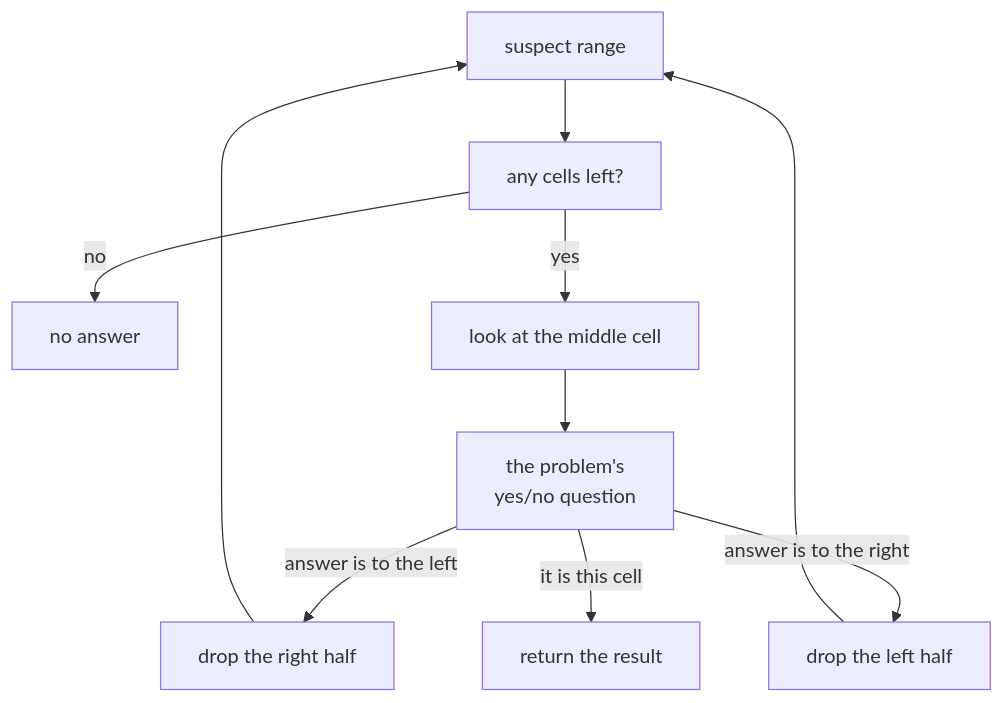
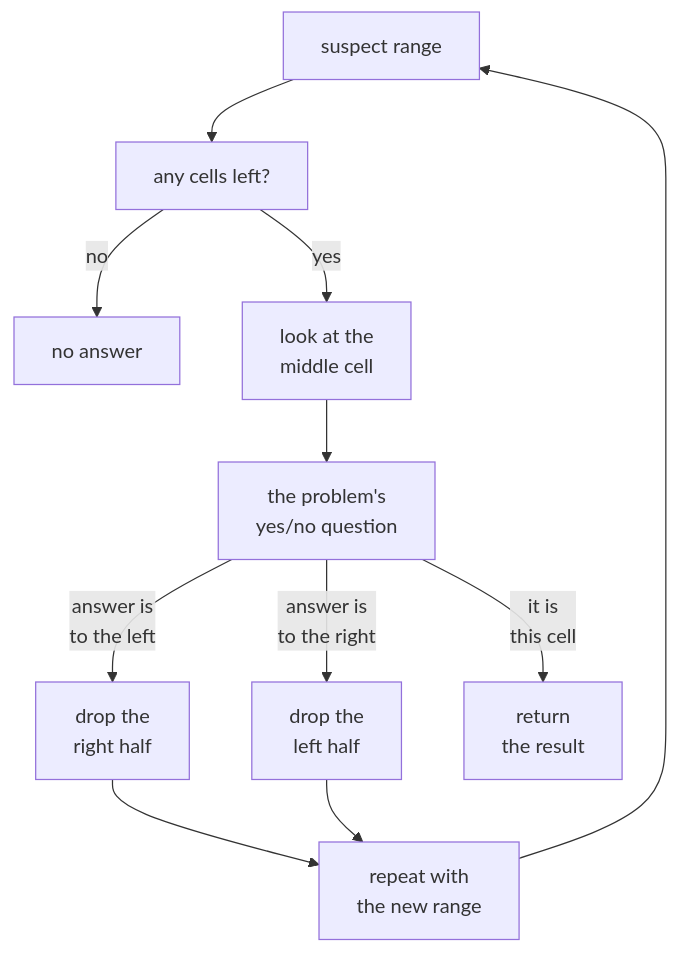
One commit to duongbui234/software-engineering-atlas changed the diagram in content/en/posts/2026-11-23-neetcode-binary-search.md. Above: the diagram before and after it, drawn with Mermaid. The commit also changed 134 other files, not shown here.

First line of the commit message:
Fit every Mermaid diagram at 390px without sideways scroll (#56)

````diff
--- a/content/en/posts/2026-11-23-neetcode-binary-search.md
+++ b/content/en/posts/2026-11-23-neetcode-binary-search.md
@@ -45,12 +45,12 @@
 ```mermaid
 flowchart TB
   A["suspect range"] --> B["any cells left?"]
   B -->|"no"| X["no answer"]
-  B -->|"yes"| C["look at the middle cell"]
+  B -->|"yes"| C["look at the<br/>middle cell"]
   C --> D["the problem's<br/>yes/no question"]
-  D -->|"answer is to the left"| E["drop the right half"]
-  D -->|"answer is to the right"| F["drop the left half"]
-  D -->|"it is this cell"| Y["return the result"]
-  E --> A
-  F --> A
+  D -->|"answer is<br/>to the left"| E["drop the<br/>right half"]
+  D -->|"answer is<br/>to the right"| F["drop the<br/>left half"]
+  D -->|"it is<br/>this cell"| Y["return<br/>the result"]
+  E & F --> R["repeat with<br/>the new range"]
+  R --> A
 ```
````
